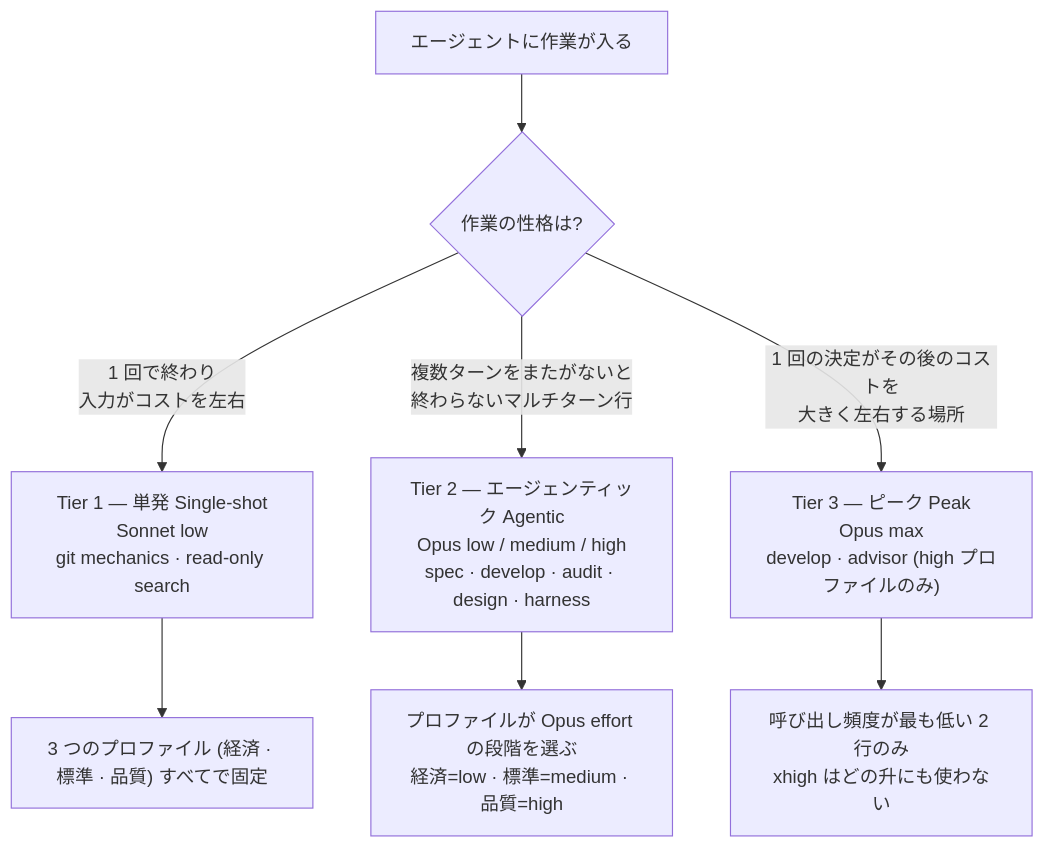
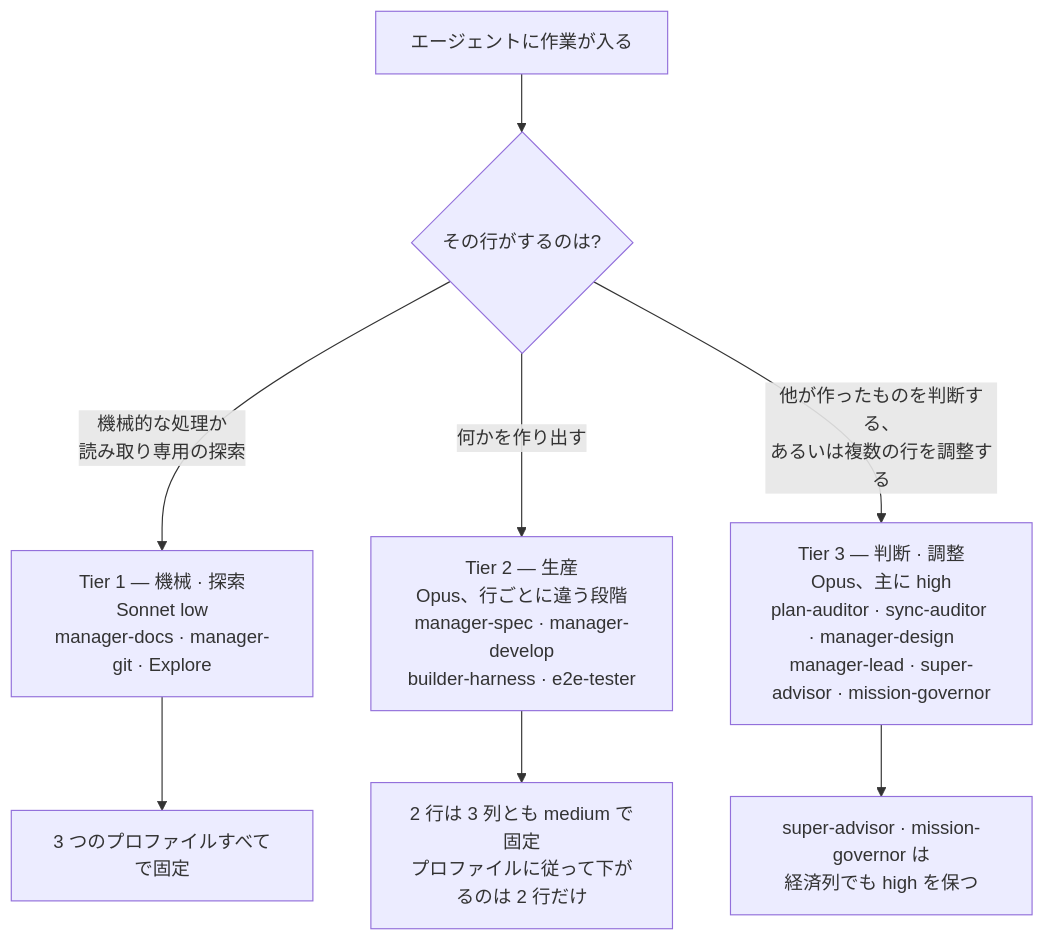
The second of 2 diagrams in docs-site/content/ja/advanced/no-haiku-3tier.md (modu-ai/moai-adk), drawn with Mermaid before and after one commit. The commit also changed other lines of this file and 3 other files, not shown here.

````diff
--- a/docs-site/content/ja/advanced/no-haiku-3tier.md
+++ b/docs-site/content/ja/advanced/no-haiku-3tier.md
@@ -72,15 +72,15 @@
 ```mermaid
 flowchart TD
-    START["エージェントに作業が入る"] --> Q{"作業の性格は?"}
-    Q -- "1 回で終わり\n入力がコストを左右" --> T1
-    Q -- "複数ターンをまたがないと\n終わらないマルチターン行" --> T2
-    Q -- "1 回の決定がその後のコストを\n大きく左右する場所" --> T3
+    START["エージェントに作業が入る"] --> Q{"その行がするのは?"}
+    Q -- "機械的な処理か\n読み取り専用の探索" --> T1
+    Q -- "何かを作り出す" --> T2
+    Q -- "他が作ったものを判断する、\nあるいは複数の行を調整する" --> T3
 
-    T1["Tier 1 — 単発 Single-shot<br/>Sonnet low<br/>git mechanics · read-only search"]
-    T2["Tier 2 — エージェンティック Agentic<br/>Opus low / medium / high<br/>spec · develop · audit · design · harness"]
-    T3["Tier 3 — ピーク Peak<br/>Opus max<br/>develop · advisor (high プロファイルのみ)"]
+    T1["Tier 1 — 機械 · 探索<br/>Sonnet low<br/>manager-docs · manager-git · Explore"]
+    T2["Tier 2 — 生産<br/>Opus、行ごとに違う段階<br/>manager-spec · manager-develop<br/>builder-harness · e2e-tester"]
+    T3["Tier 3 — 判断 · 調整<br/>Opus、主に high<br/>plan-auditor · sync-auditor · manager-design<br/>manager-lead · super-advisor · mission-governor"]
 
-    T1 --> NOTE["3 つのプロファイル (経済 · 標準 · 品質) すべてで固定"]
-    T2 --> NOTE2["プロファイルが Opus effort の段階を選ぶ<br/>経済=low · 標準=medium · 品質=high"]
-    T3 --> NOTE3["呼び出し頻度が最も低い 2 行のみ<br/>xhigh はどの升にも使わない"]
+    T1 --> NOTE["3 つのプロファイルすべてで固定"]
+    T2 --> NOTE2["2 行は 3 列とも medium で固定<br/>プロファイルに従って下がるのは 2 行だけ"]
+    T3 --> NOTE3["super-advisor · mission-governor は<br/>経済列でも high を保つ"]
 ```
````
